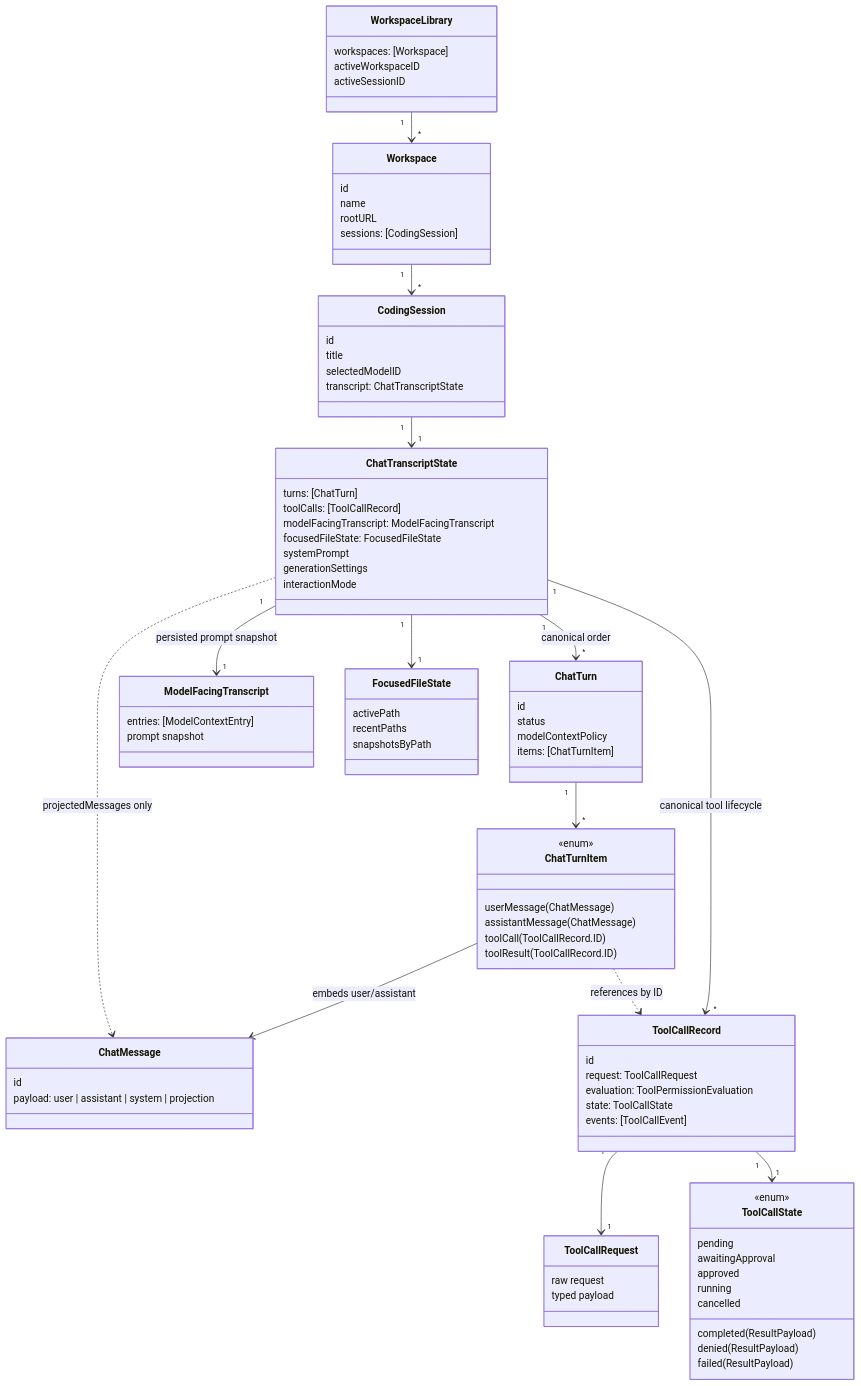
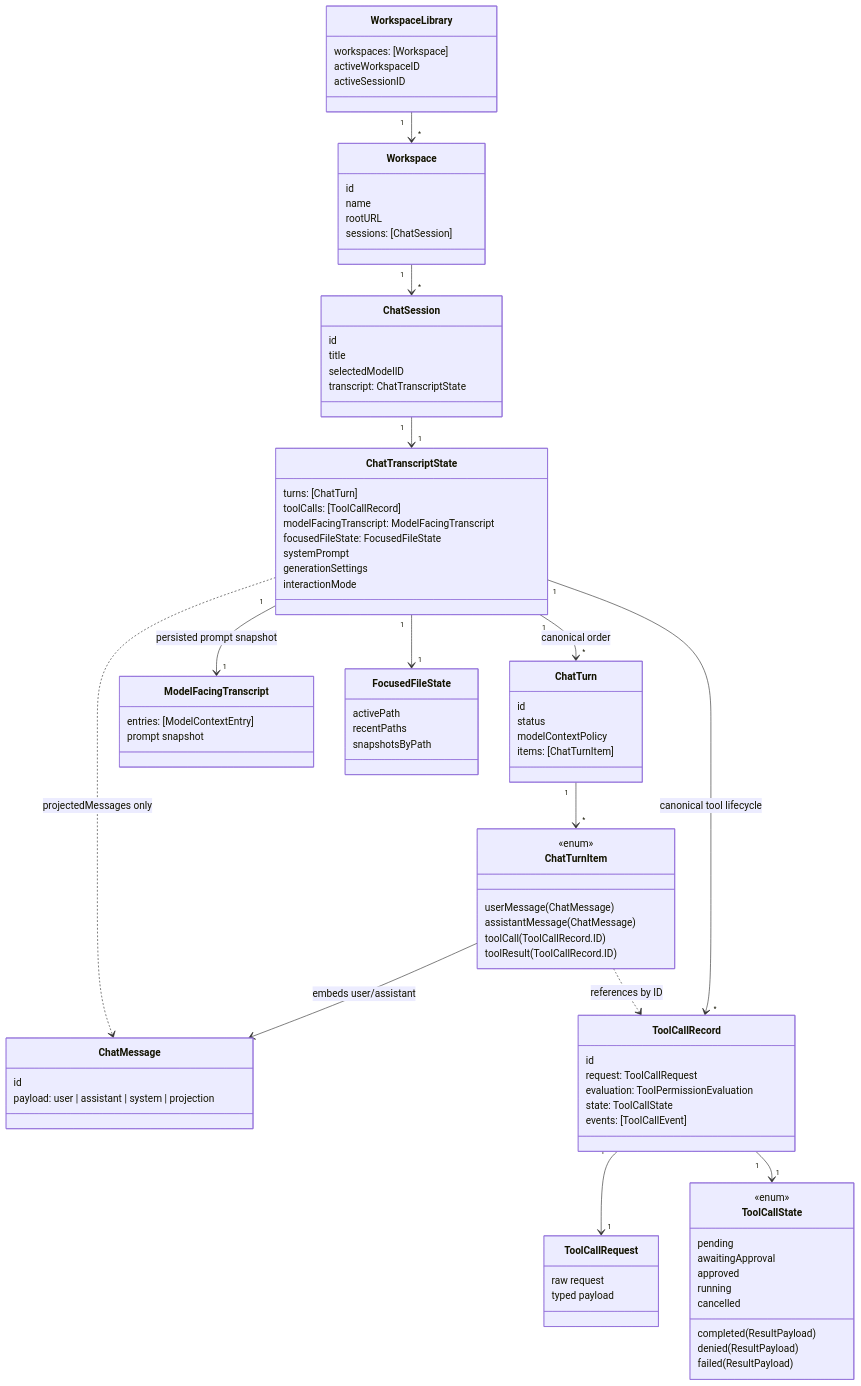
One commit to ngutech21/sumika-chat changed the diagram in docs/model.md. Above: the diagram before and after it, drawn with Mermaid. The commit also changed 26 other files, not shown here.

Commit message:
refactor: session model from CodingSession to ChatSession

```diff
--- a/docs/model.md
+++ b/docs/model.md
@@ -12,10 +12,10 @@
     id
     name
     rootURL
-    sessions: [CodingSession]
+    sessions: [ChatSession]
   }
 
-  class CodingSession {
+  class ChatSession {
     id
     title
     selectedModelID
@@ -89,8 +89,8 @@
   }
 
   WorkspaceLibrary "1" --> "*" Workspace
-  Workspace "1" --> "*" CodingSession
-  CodingSession "1" --> "1" ChatTranscriptState
+  Workspace "1" --> "*" ChatSession
+  ChatSession "1" --> "1" ChatTranscriptState
 
   ChatTranscriptState "1" --> "*" ChatTurn : canonical order
   ChatTranscriptState "1" --> "*" ToolCallRecord : canonical tool lifecycle
```
